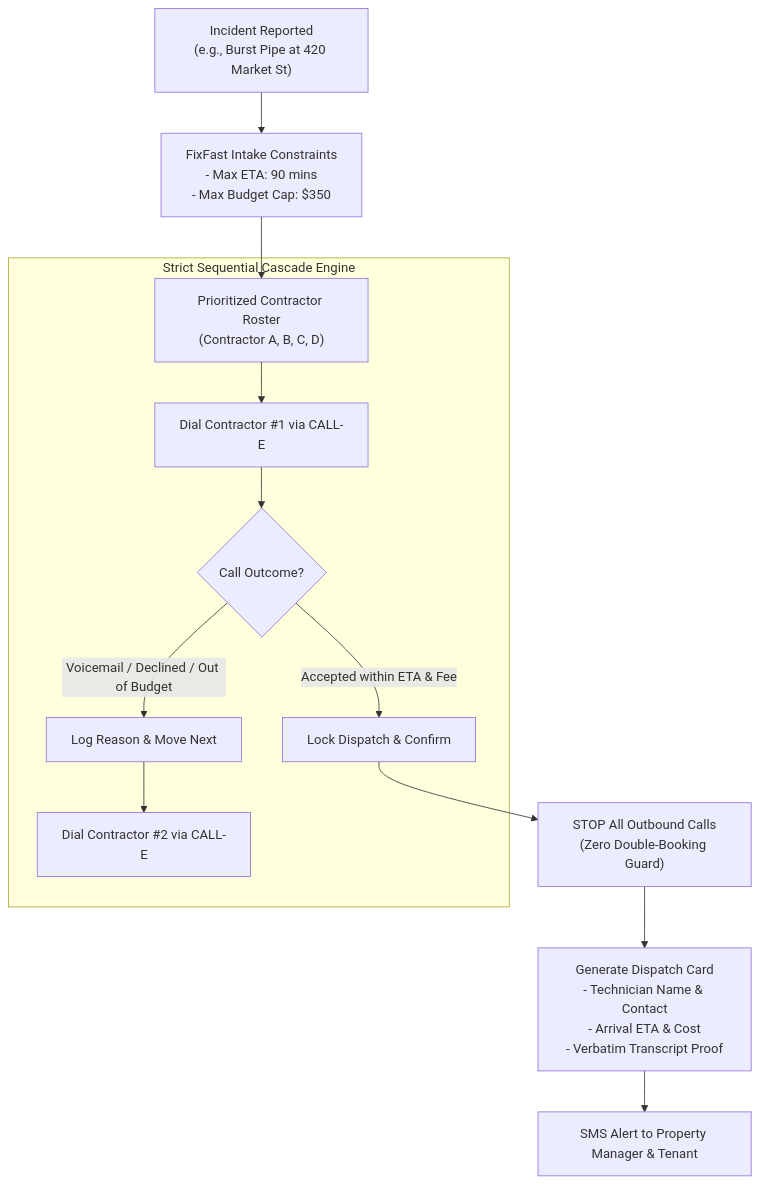
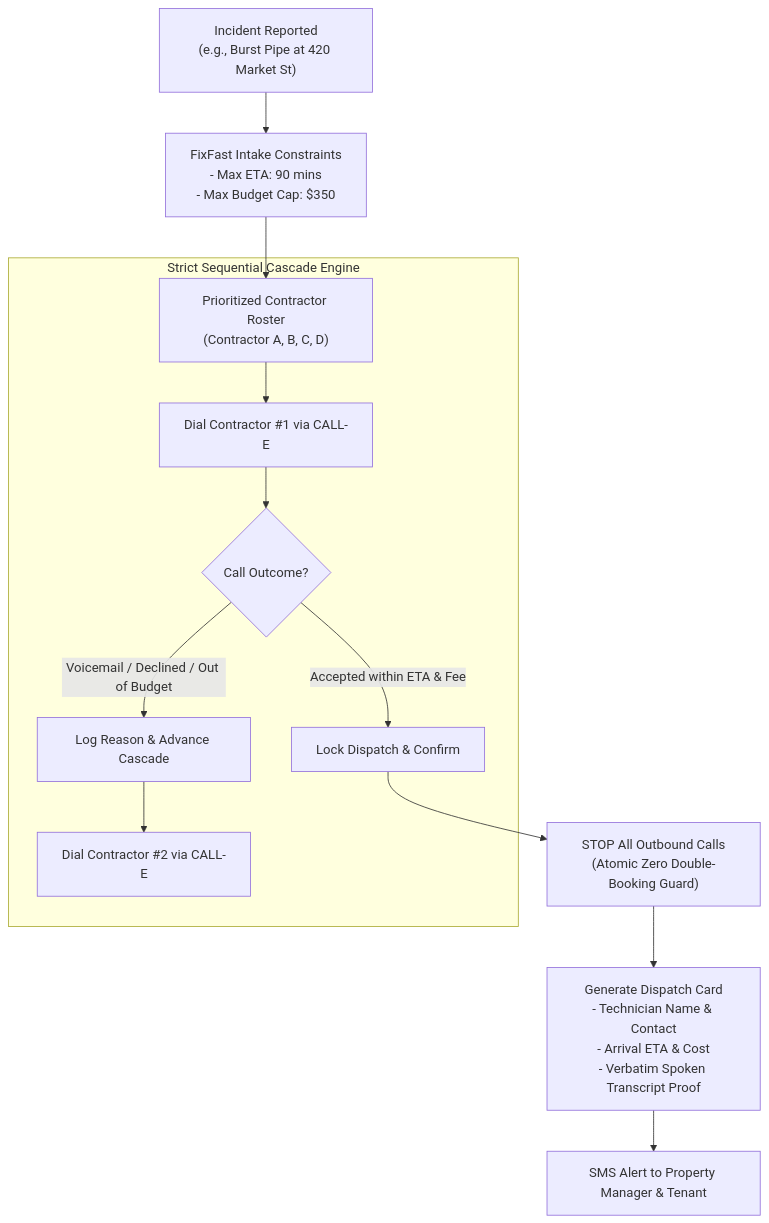
Before and after one commit to DheerajBishnoi/FixFast-Powered_by_Call-E: the diagram in README.md, drawn with Mermaid. The commit also changed other lines of this file and 3 other files, not shown here.

````diff
--- a/README.md
+++ b/README.md
@@ -24,17 +42,17 @@
 ```mermaid
 flowchart TD
     A["Incident Reported\n(e.g., Burst Pipe at 420 Market St)"] --> B["FixFast Intake Constraints\n- Max ETA: 90 mins\n- Max Budget Cap: $350"]
     B --> C["Prioritized Contractor Roster\n(Contractor A, B, C, D)"]
     
     subgraph CascadeEngine ["Strict Sequential Cascade Engine"]
         C --> D["Dial Contractor #1 via CALL-E"]
         D --> E{"Call Outcome?"}
-        E -- "Voicemail / Declined / Out of Budget" --> F["Log Reason & Move Next"]
+        E -- "Voicemail / Declined / Out of Budget" --> F["Log Reason & Advance Cascade"]
         F --> G["Dial Contractor #2 via CALL-E"]
         E -- "Accepted within ETA & Fee" --> H["Lock Dispatch & Confirm"]
     end
     
-    H --> I["STOP All Outbound Calls\n(Zero Double-Booking Guard)"]
-    I --> J["Generate Dispatch Card\n- Technician Name & Contact\n- Arrival ETA & Cost\n- Verbatim Transcript Proof"]
+    H --> I["STOP All Outbound Calls\n(Atomic Zero Double-Booking Guard)"]
+    I --> J["Generate Dispatch Card\n- Technician Name & Contact\n- Arrival ETA & Cost\n- Verbatim Spoken Transcript Proof"]
     J --> K["SMS Alert to Property Manager & Tenant"]
 ```
````
